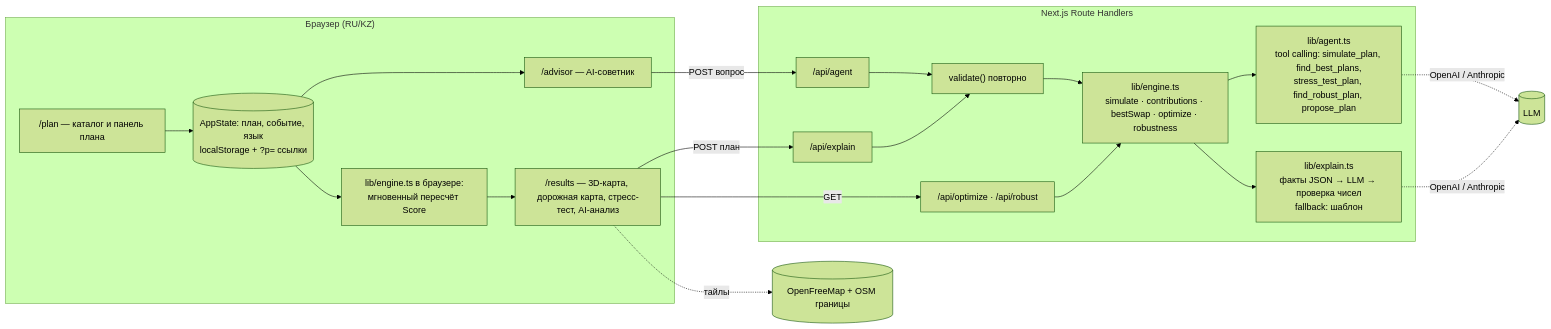
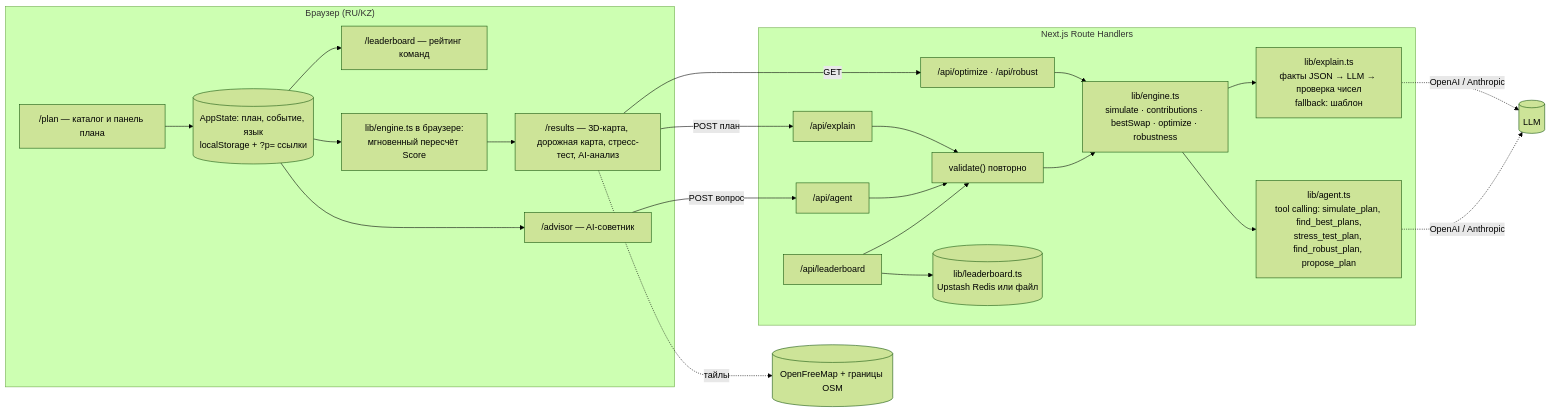
The diagram in README.md (BAITC-Hacks/hack-b5a370cf-onix), drawn with Mermaid (forest theme) before and after one commit. The commit also changed other lines of this file, not shown here.

Commit message:
README: restructure for the jury (11 sections: problem, features, flow, stack, architecture, setup, verification, data, limits, deploy)

````diff
--- a/README.md
+++ b/README.md
@@ -88,26 +67,30 @@
 ```mermaid
 flowchart LR
   subgraph Browser["Браузер (RU/KZ)"]
     P["/plan — каталог и панель плана"]
     R["/results — 3D-карта, дорожная карта, стресс-тест, AI-анализ"]
     A["/advisor — AI-советник"]
+    L["/leaderboard — рейтинг команд"]
     S[("AppState: план, событие, язык\nlocalStorage + ?p= ссылки")]
     E1["lib/engine.ts в браузере:\nмгновенный пересчёт Score"]
     P --> S --> E1 --> R
     S --> A
+    S --> L
   end
   subgraph Server["Next.js Route Handlers"]
     X["/api/explain"] --> V["validate() повторно"]
     G["/api/agent"] --> V
     O["/api/optimize · /api/robust"] --> ENG
+    LB["/api/leaderboard"] --> V
     V --> ENG["lib/engine.ts\nsimulate · contributions · bestSwap · optimize · robustness"]
     ENG --> F["lib/explain.ts\nфакты JSON → LLM → проверка чисел\nfallback: шаблон"]
     ENG --> T["lib/agent.ts\ntool calling: simulate_plan, find_best_plans,\nstress_test_plan, find_robust_plan, propose_plan"]
+    LB --> ST[("lib/leaderboard.ts\nUpstash Redis или файл")]
   end
   R -- POST план --> X
   A -- POST вопрос --> G
   R -- GET --> O
   F -. OpenAI / Anthropic .-> LLM[("LLM")]
   T -. OpenAI / Anthropic .-> LLM
-  R -. тайлы .-> MAP[("OpenFreeMap + OSM границы")]
+  R -. тайлы .-> MAP[("OpenFreeMap + границы OSM")]
 ```
````
